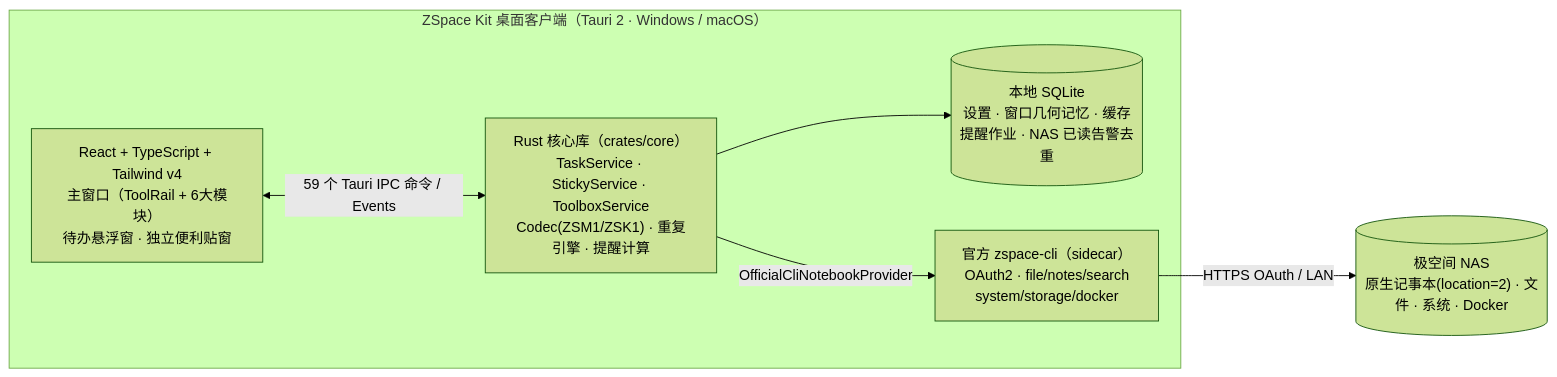
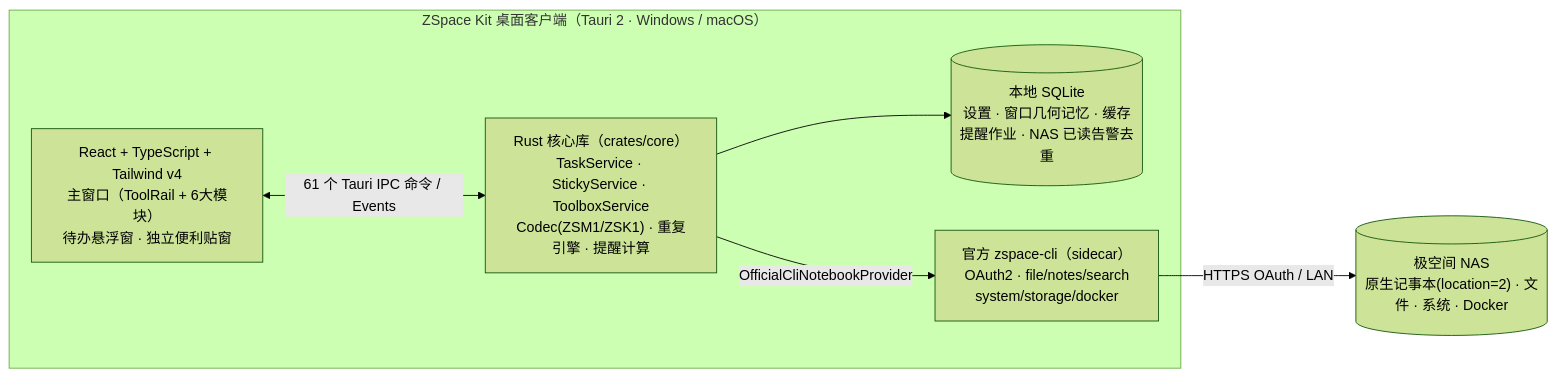
The diagram in README.md (garyhj/ZSpaceMemo), drawn with Mermaid (forest theme) before and after one commit. The commit also changed other lines of this file and 12 other files, not shown here.

````diff
--- a/README.md
+++ b/README.md
@@ -49,14 +49,14 @@
 ```mermaid
 flowchart LR
   subgraph App["ZSpace Kit 桌面客户端（Tauri 2 · Windows / macOS）"]
     UI["React + TypeScript + Tailwind v4<br/>主窗口（ToolRail + 6大模块）<br/>待办悬浮窗 · 独立便利贴窗"]
     CORE["Rust 核心库（crates/core）<br/>TaskService · StickyService · ToolboxService<br/>Codec(ZSM1/ZSK1) · 重复引擎 · 提醒计算"]
     DB[("本地 SQLite<br/>设置 · 窗口几何记忆 · 缓存<br/>提醒作业 · NAS 已读告警去重")]
     CLI["官方 zspace-cli（sidecar）<br/>OAuth2 · file/notes/search<br/>system/storage/docker"]
   end
   NAS[("极空间 NAS<br/>原生记事本(location=2) · 文件 · 系统 · Docker")]
 
-  UI <-->|59 个 Tauri IPC 命令 / Events| CORE
+  UI <-->|61 个 Tauri IPC 命令 / Events| CORE
   CORE --> DB
   CORE -->|OfficialCliNotebookProvider| CLI -->|HTTPS OAuth / LAN| NAS
 ```
````
